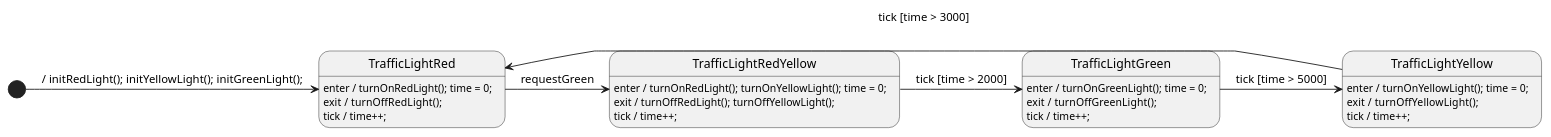
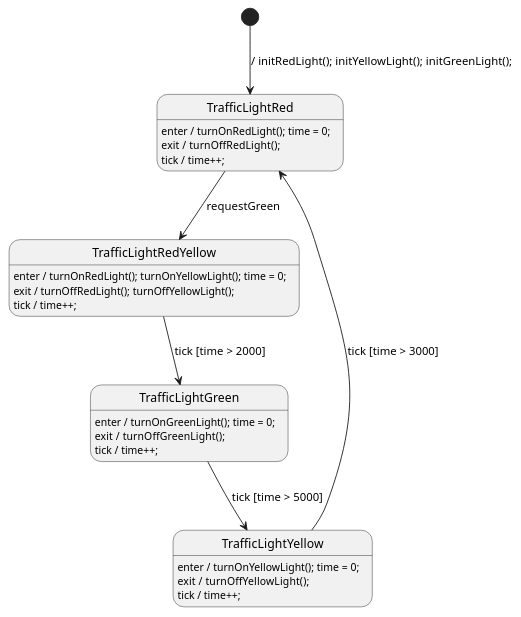
The diagram in State_machine/TrafficLight.plantuml (valentin-haub/esp32-traffic-light-management-system), drawn with PlantUML before and after one commit.

Commit message:
State Machine (TrafficLight.plantuml) angepasst: '-->' statt '->'

```diff
--- a/State_machine/TrafficLight.plantuml
+++ b/State_machine/TrafficLight.plantuml
@@ -1,70 +1,69 @@
 @startuml TrafficLight
 
 ' //////////////////////// STATE ORGANIZATION ///////////////////////
 ' Note: StateSmith treats state names and events as case insensitive.
 ' More info: https://github.com/StateSmith/StateSmith/wiki/PlantUML
 
 state TrafficLightRed
 state TrafficLightRedYellow
 state TrafficLightGreen
 state TrafficLightYellow
 
 
 ' ///////////////////////// STATE HANDLERS /////////////////////////
 ' Syntax: https://github.com/StateSmith/StateSmith/wiki/Behaviors
 
-[*] -> TrafficLightRed : / initRedLight(); initYellowLight(); initGreenLight();
+[*] --> TrafficLightRed : / initRedLight(); initYellowLight(); initGreenLight();
 
 ' TrafficLightRed
 TrafficLightRed: enter / turnOnRedLight(); time = 0;
 TrafficLightRed: exit  / turnOffRedLight();
 TrafficLightRed: tick / time++;
-TrafficLightRed -> TrafficLightRedYellow : requestGreen
+TrafficLightRed --> TrafficLightRedYellow : requestGreen
 
 ' TrafficLightRedYellow
 TrafficLightRedYellow: enter / turnOnRedLight(); turnOnYellowLight(); time = 0;
 TrafficLightRedYellow: exit / turnOffRedLight(); turnOffYellowLight();
 TrafficLightRedYellow: tick / time++;
-TrafficLightRedYellow -> TrafficLightGreen : tick [time > 2000]
+TrafficLightRedYellow --> TrafficLightGreen : tick [time > 2000]
 
 ' TrafficLightGreen
 TrafficLightGreen: enter / turnOnGreenLight(); time = 0;
 TrafficLightGreen: exit  / turnOffGreenLight();
 TrafficLightGreen: tick / time++;
-TrafficLightGreen -> TrafficLightYellow : tick [time > 5000]
+TrafficLightGreen --> TrafficLightYellow : tick [time > 5000]
 
 ' TrafficLightYellow
 TrafficLightYellow: enter / turnOnYellowLight(); time = 0;
 TrafficLightYellow: exit  / turnOffYellowLight();
 TrafficLightYellow: tick / time++;
-TrafficLightYellow -> TrafficLightRed : tick [time > 3000]
+TrafficLightYellow --> TrafficLightRed : tick [time > 3000]
 
 
 ' //////////////////////// StateSmith config ////////////////////////
 ' The below special comment block sets the StateSmith configuration.
 ' More info: https://github.com/StateSmith/StateSmith/issues/335
 
 /'! $CONFIG : toml
 
 [RenderConfig]
 FileTop = """
-    // Autogenerated C99 state machine
     """
 AutoExpandedVars = """
     uint16_t time;
     """
 
 [RenderConfig.C]
 CFileExtension = ".cpp"
 HFileExtension = ".hpp"
 HFileIncludes = """
     #include <stdint.h> // for time var
     """
 CFileIncludes = """
     #include "driver.hpp"
     """
 
 [SmRunnerSettings]
 transpilerId = "C99"
 '/
 @enduml
```
